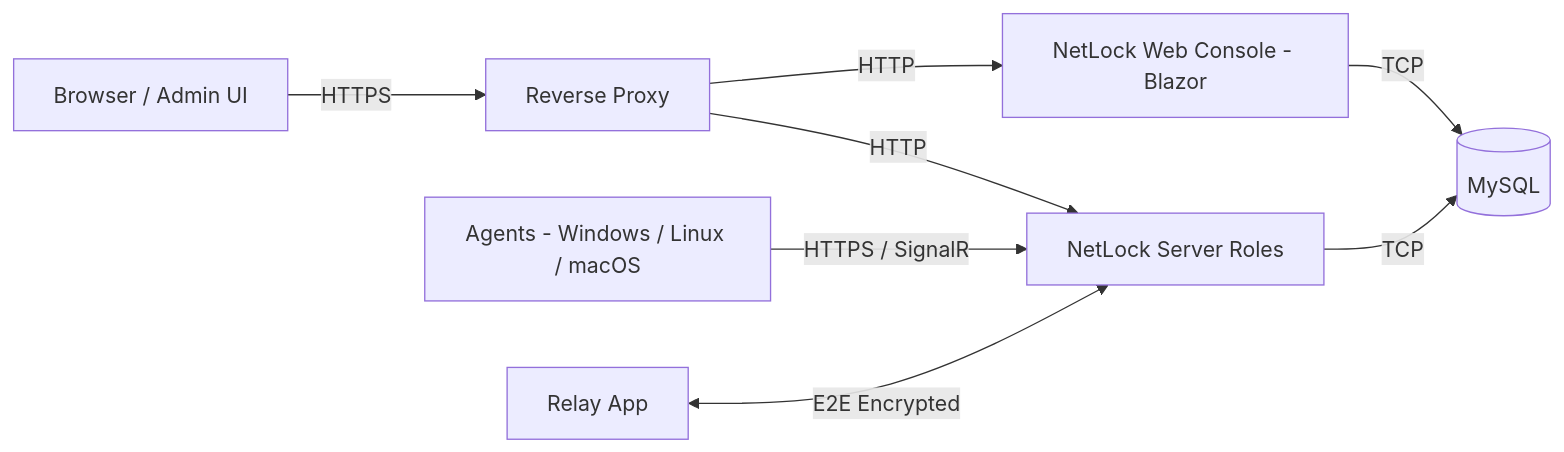
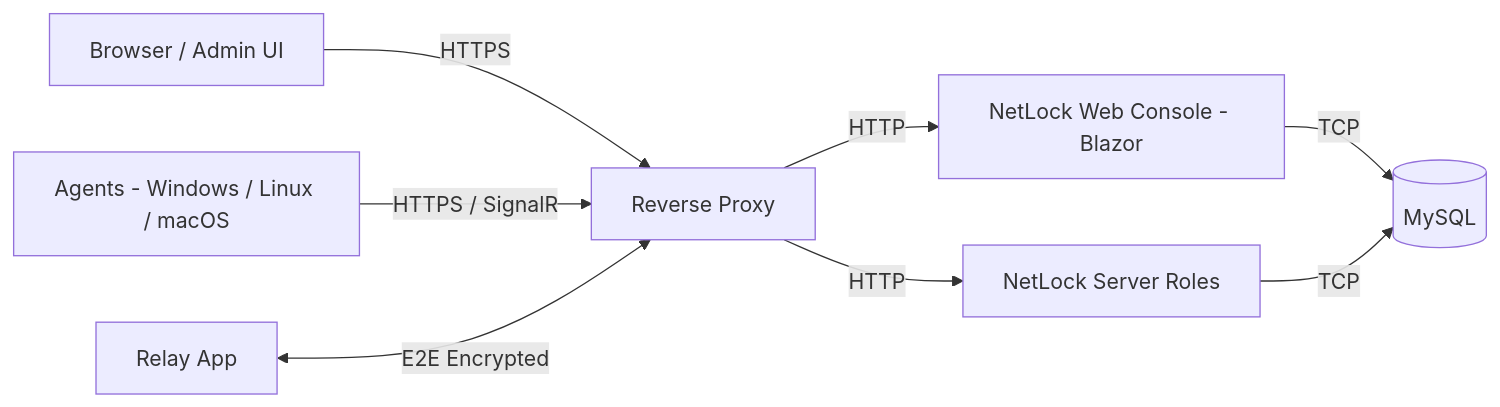
The diagram in README.md (0x101-Cyber-Security/NetLock-RMM), drawn with Mermaid before and after one commit. The commit also changed other lines of this file, not shown here.

````diff
--- a/README.md
+++ b/README.md
@@ -98,10 +133,10 @@
 ```mermaid
 flowchart LR
     A[Browser / Admin UI] -- HTTPS --> B[Reverse Proxy]
     B -- HTTP --> C[NetLock Web Console - Blazor]
     B -- HTTP --> S[NetLock Server Roles]
     C -- TCP --> D[(MySQL)]
     S -- TCP --> D
-    E[Agents - Windows / Linux / macOS] -- HTTPS / SignalR --> S
-    R[Relay App] <-- E2E Encrypted --> S
+    E[Agents - Windows / Linux / macOS] -- HTTPS / SignalR --> B
+    R[Relay App] <-- E2E Encrypted --> B
 ```
````
